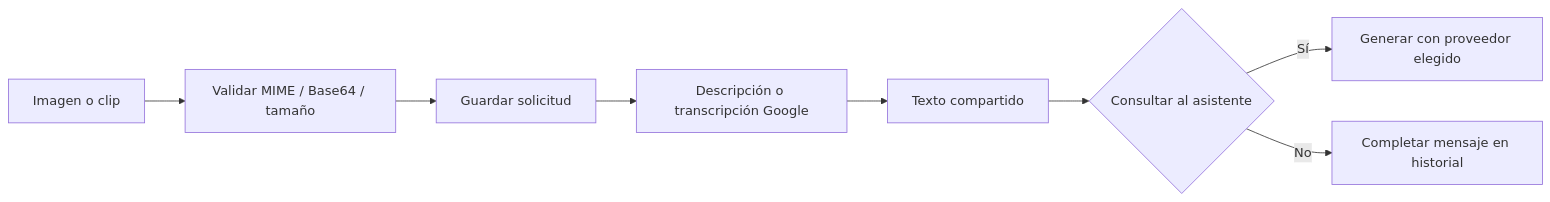
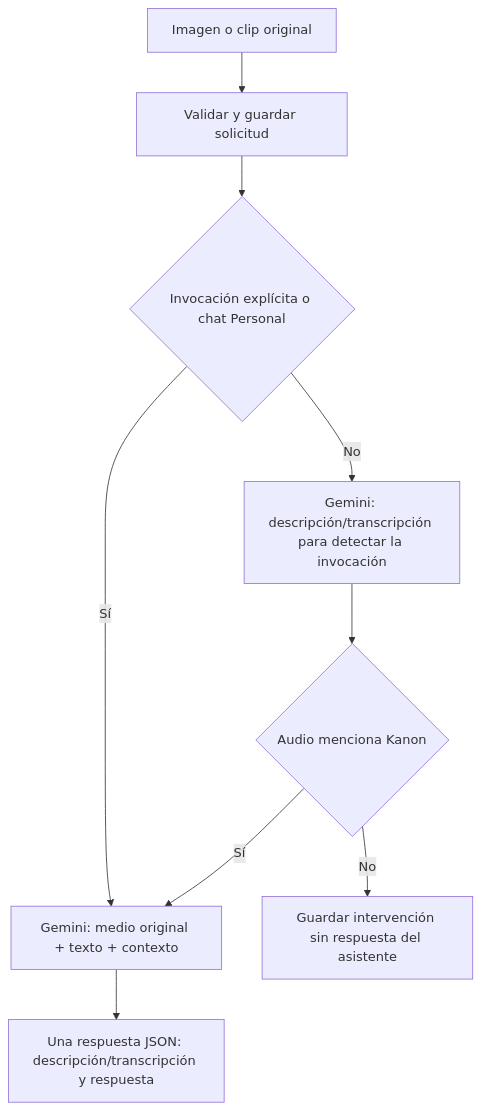
The diagram in guia-desarrollador/04-PROVEEDORES-Y-ENTRADAS-MULTIMODALES.md (evert-aov/sw1_parcial1_ia), drawn with Mermaid before and after one commit. The commit also changed other lines of this file and 25 other files, not shown here.

Commit message:
feat(ia): integrar Gemini Live, transcripcion de voz, clases de asociacion obligatorias y contexto dual

````diff
--- a/guia-desarrollador/04-PROVEEDORES-Y-ENTRADAS-MULTIMODALES.md
+++ b/guia-desarrollador/04-PROVEEDORES-Y-ENTRADAS-MULTIMODALES.md
@@ -45,10 +46,11 @@
 ```mermaid
-flowchart LR
-  Media[Imagen o clip] --> Validate[Validar MIME / Base64 / tamaño]
-  Validate --> Store[Guardar solicitud]
-  Store --> Describe[Descripción o transcripción Google]
-  Describe --> Text[Texto compartido]
-  Text --> Choice{Consultar al asistente}
-  Choice -->|Sí| Generate[Generar con proveedor elegido]
-  Choice -->|No| History[Completar mensaje en historial]
+flowchart TD
+  Media[Imagen o clip original] --> Validate[Validar y guardar solicitud]
+  Validate --> Known{Invocación explícita o chat Personal}
+  Known -->|Sí| Gemini[Gemini: medio original + texto + contexto]
+  Gemini --> Result[Una respuesta JSON: descripción/transcripción y respuesta]
+  Known -->|No| Describe[Gemini: descripción/transcripción para detectar la invocación]
+  Describe --> Mention{Audio menciona Kanon}
+  Mention -->|Sí| Gemini
+  Mention -->|No| History[Guardar intervención sin respuesta del asistente]
 ```
````
